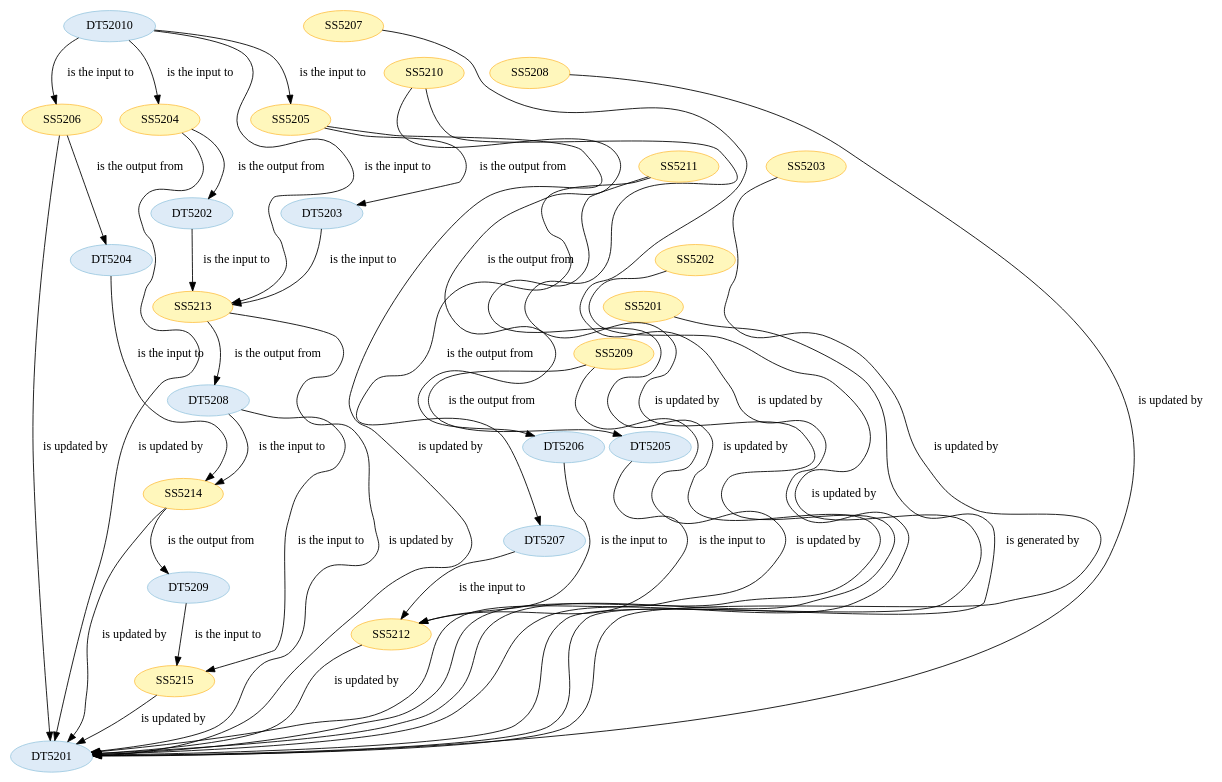
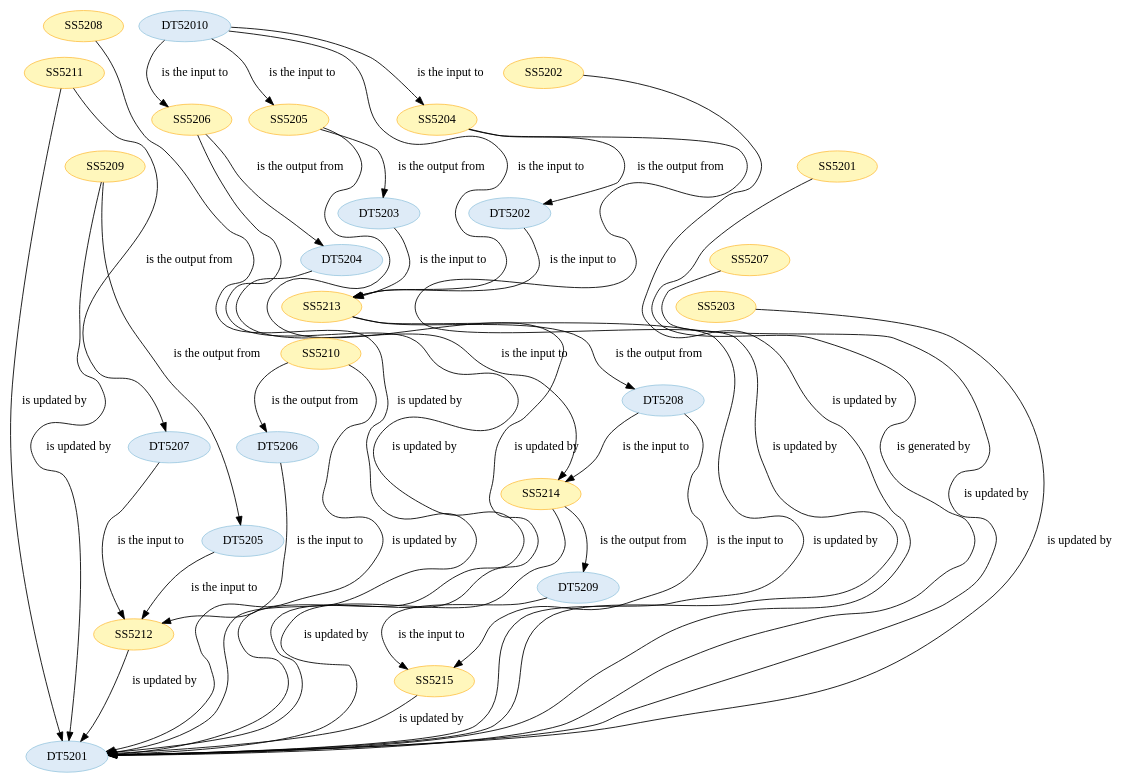
Before and after one commit to Marco-Salvi/cwl-test: the diagram in wf5201/ST520101.dot, drawn with Graphviz. The commit also changed other lines of this file and 16 other files, not shown here.

```diff
--- a/wf5201/ST520101.dot
+++ b/wf5201/ST520101.dot
@@ -1,126 +1,126 @@
 strict digraph {
 
 
-	"DT5204" [ color="2", colorscheme="blues3", fillcolor="1", style="filled",  weight=0 ];
+	"DT5202" [ color="2", colorscheme="blues3", fillcolor="1", style="filled",  weight=0 ];
 
-	"DT5204" -> "SS5214" [ label="is the input to", labeltooltip="DT5204 - is the input to - SS5214",  weight=0 ];
+	"DT5202" -> "SS5213" [ label="is the input to", labeltooltip="DT5202 - is the input to - SS5213",  weight=0 ];
+
+	"DT5207" [ color="2", colorscheme="blues3", fillcolor="1", style="filled",  weight=0 ];
+
+	"DT5207" -> "SS5212" [ label="is the input to", labeltooltip="DT5207 - is the input to - SS5212",  weight=0 ];
+
+	"SS5208" [ color="2", colorscheme="ylorbr3", fillcolor="1", style="filled",  weight=0 ];
+
+	"SS5208" -> "DT5201" [ label="is updated by", labeltooltip="DT5201 - is updated by - SS5208",  weight=0 ];
+
+	"DT5205" [ color="2", colorscheme="blues3", fillcolor="1", style="filled",  weight=0 ];
+
+	"DT5205" -> "SS5212" [ label="is the input to", labeltooltip="DT5205 - is the input to - SS5212",  weight=0 ];
+
+	"SS5206" [ color="2", colorscheme="ylorbr3", fillcolor="1", style="filled",  weight=0 ];
+
+	"SS5206" -> "DT5201" [ label="is updated by", labeltooltip="DT5201 - is updated by - SS5206",  weight=0 ];
+
+	"SS5206" -> "DT5204" [ label="is the output from", labeltooltip="DT5204 - is the output from - SS5206",  weight=0 ];
+
+	"SS5211" [ color="2", colorscheme="ylorbr3", fillcolor="1", style="filled",  weight=0 ];
+
+	"SS5211" -> "DT5201" [ label="is updated by", labeltooltip="DT5201 - is updated by - SS5211",  weight=0 ];
+
+	"SS5211" -> "DT5207" [ label="is the output from", labeltooltip="DT5207 - is the output from - SS5211",  weight=0 ];
+
+	"SS5209" [ color="2", colorscheme="ylorbr3", fillcolor="1", style="filled",  weight=0 ];
+
+	"SS5209" -> "DT5201" [ label="is updated by", labeltooltip="DT5201 - is updated by - SS5209",  weight=0 ];
+
+	"SS5209" -> "DT5205" [ label="is the output from", labeltooltip="DT5205 - is the output from - SS5209",  weight=0 ];
+
+	"SS5212" [ color="2", colorscheme="ylorbr3", fillcolor="1", style="filled",  weight=0 ];
+
+	"SS5212" -> "DT5201" [ label="is updated by", labeltooltip="DT5201 - is updated by - SS5212",  weight=0 ];
 
 	"SS5214" [ color="2", colorscheme="ylorbr3", fillcolor="1", style="filled",  weight=0 ];
 
 	"SS5214" -> "DT5201" [ label="is updated by", labeltooltip="DT5201 - is updated by - SS5214",  weight=0 ];
 
 	"SS5214" -> "DT5209" [ label="is the output from", labeltooltip="DT5209 - is the output from - SS5214",  weight=0 ];
 
-	"DT52010" [ color="2", colorscheme="blues3", fillcolor="1", style="filled",  weight=0 ];
+	"DT5208" [ color="2", colorscheme="blues3", fillcolor="1", style="filled",  weight=0 ];
 
-	"DT52010" -> "SS5204" [ label="is the input to", labeltooltip="DT52010 - is the input to - SS5204",  weight=0 ];
+	"DT5208" -> "SS5215" [ label="is the input to", labeltooltip="DT5208 - is the input to - SS5215",  weight=0 ];
 
-	"DT52010" -> "SS5205" [ label="is the input to", labeltooltip="DT52010 - is the input to - SS5205",  weight=0 ];
+	"DT5208" -> "SS5214" [ label="is the input to", labeltooltip="DT5208 - is the input to - SS5214",  weight=0 ];
 
-	"DT52010" -> "SS5206" [ label="is the input to", labeltooltip="DT52010 - is the input to - SS5206",  weight=0 ];
+	"SS5202" [ color="2", colorscheme="ylorbr3", fillcolor="1", style="filled",  weight=0 ];
 
-	"DT52010" -> "SS5213" [ label="is the input to", labeltooltip="DT52010 - is the input to - SS5213",  weight=0 ];
-
-	"DT5206" [ color="2", colorscheme="blues3", fillcolor="1", style="filled",  weight=0 ];
-
-	"DT5206" -> "SS5212" [ label="is the input to", labeltooltip="DT5206 - is the input to - SS5212",  weight=0 ];
-
-	"DT5201" [ color="2", colorscheme="blues3", fillcolor="1", style="filled",  weight=0 ];
-
-	"DT5207" [ color="2", colorscheme="blues3", fillcolor="1", style="filled",  weight=0 ];
-
-	"DT5207" -> "SS5212" [ label="is the input to", labeltooltip="DT5207 - is the input to - SS5212",  weight=0 ];
-
-	"SS5207" [ color="2", colorscheme="ylorbr3", fillcolor="1", style="filled",  weight=0 ];
-
-	"SS5207" -> "DT5201" [ label="is updated by", labeltooltip="DT5201 - is updated by - SS5207",  weight=0 ];
-
-	"SS5213" [ color="2", colorscheme="ylorbr3", fillcolor="1", style="filled",  weight=0 ];
-
-	"SS5213" -> "DT5208" [ label="is the output from", labeltooltip="DT5208 - is the output from - SS5213",  weight=0 ];
-
-	"SS5213" -> "DT5201" [ label="is updated by", labeltooltip="DT5201 - is updated by - SS5213",  weight=0 ];
-
-	"SS5208" [ color="2", colorscheme="ylorbr3", fillcolor="1", style="filled",  weight=0 ];
-
-	"SS5208" -> "DT5201" [ label="is updated by", labeltooltip="DT5201 - is updated by - SS5208",  weight=0 ];
-
-	"SS5215" [ color="2", colorscheme="ylorbr3", fillcolor="1", style="filled",  weight=0 ];
-
-	"SS5215" -> "DT5201" [ label="is updated by", labeltooltip="DT5201 - is updated by - SS5215",  weight=0 ];
+	"SS5202" -> "DT5201" [ label="is updated by", labeltooltip="DT5201 - is updated by - SS5202",  weight=0 ];
 
 	"SS5205" [ color="2", colorscheme="ylorbr3", fillcolor="1", style="filled",  weight=0 ];
 
 	"SS5205" -> "DT5203" [ label="is the output from", labeltooltip="DT5203 - is the output from - SS5205",  weight=0 ];
 
 	"SS5205" -> "DT5201" [ label="is updated by", labeltooltip="DT5201 - is updated by - SS5205",  weight=0 ];
 
-	"SS5206" [ color="2", colorscheme="ylorbr3", fillcolor="1", style="filled",  weight=0 ];
+	"SS5201" [ color="2", colorscheme="ylorbr3", fillcolor="1", style="filled",  weight=0 ];
 
-	"SS5206" -> "DT5204" [ label="is the output from", labeltooltip="DT5204 - is the output from - SS5206",  weight=0 ];
+	"SS5201" -> "DT5201" [ label="is generated by", labeltooltip="DT5201 - is generated by - SS5201",  weight=0 ];
 
-	"SS5206" -> "DT5201" [ label="is updated by", labeltooltip="DT5201 - is updated by - SS5206",  weight=0 ];
+	"DT5203" [ color="2", colorscheme="blues3", fillcolor="1", style="filled",  weight=0 ];
+
+	"DT5203" -> "SS5213" [ label="is the input to", labeltooltip="DT5203 - is the input to - SS5213",  weight=0 ];
+
+	"SS5207" [ color="2", colorscheme="ylorbr3", fillcolor="1", style="filled",  weight=0 ];
+
+	"SS5207" -> "DT5201" [ label="is updated by", labeltooltip="DT5201 - is updated by - SS5207",  weight=0 ];
+
+	"SS5204" [ color="2", colorscheme="ylorbr3", fillcolor="1", style="filled",  weight=0 ];
+
+	"SS5204" -> "DT5201" [ label="is updated by", labeltooltip="DT5201 - is updated by - SS5204",  weight=0 ];
+
+	"SS5204" -> "DT5202" [ label="is the output from", labeltooltip="DT5202 - is the output from - SS5204",  weight=0 ];
+
+	"SS5210" [ color="2", colorscheme="ylorbr3", fillcolor="1", style="filled",  weight=0 ];
+
+	"SS5210" -> "DT5206" [ label="is the output from", labeltooltip="DT5206 - is the output from - SS5210",  weight=0 ];
+
+	"SS5210" -> "DT5201" [ label="is updated by", labeltooltip="DT5201 - is updated by - SS5210",  weight=0 ];
+
+	"DT5204" [ color="2", colorscheme="blues3", fillcolor="1", style="filled",  weight=0 ];
+
+	"DT5204" -> "SS5214" [ label="is the input to", labeltooltip="DT5204 - is the input to - SS5214",  weight=0 ];
+
+	"DT52010" [ color="2", colorscheme="blues3", fillcolor="1", style="filled",  weight=0 ];
+
+	"DT52010" -> "SS5206" [ label="is the input to", labeltooltip="DT52010 - is the input to - SS5206",  weight=0 ];
+
+	"DT52010" -> "SS5213" [ label="is the input to", labeltooltip="DT52010 - is the input to - SS5213",  weight=0 ];
+
+	"DT52010" -> "SS5204" [ label="is the input to", labeltooltip="DT52010 - is the input to - SS5204",  weight=0 ];
+
+	"DT52010" -> "SS5205" [ label="is the input to", labeltooltip="DT52010 - is the input to - SS5205",  weight=0 ];
+
+	"SS5203" [ color="2", colorscheme="ylorbr3", fillcolor="1", style="filled",  weight=0 ];
+
+	"SS5203" -> "DT5201" [ label="is updated by", labeltooltip="DT5201 - is updated by - SS5203",  weight=0 ];
+
+	"SS5213" [ color="2", colorscheme="ylorbr3", fillcolor="1", style="filled",  weight=0 ];
+
+	"SS5213" -> "DT5201" [ label="is updated by", labeltooltip="DT5201 - is updated by - SS5213",  weight=0 ];
+
+	"SS5213" -> "DT5208" [ label="is the output from", labeltooltip="DT5208 - is the output from - SS5213",  weight=0 ];
+
+	"SS5215" [ color="2", colorscheme="ylorbr3", fillcolor="1", style="filled",  weight=0 ];
+
+	"SS5215" -> "DT5201" [ label="is updated by", labeltooltip="DT5201 - is updated by - SS5215",  weight=0 ];
+
+	"DT5206" [ color="2", colorscheme="blues3", fillcolor="1", style="filled",  weight=0 ];
+
+	"DT5206" -> "SS5212" [ label="is the input to", labeltooltip="DT5206 - is the input to - SS5212",  weight=0 ];
 
 	"DT5209" [ color="2", colorscheme="blues3", fillcolor="1", style="filled",  weight=0 ];
 
 	"DT5209" -> "SS5215" [ label="is the input to", labeltooltip="DT5209 - is the input to - SS5215",  weight=0 ];
 
-	"SS5204" [ color="2", colorscheme="ylorbr3", fillcolor="1", style="filled",  weight=0 ];
-
-	"SS5204" -> "DT5202" [ label="is the output from", labeltooltip="DT5202 - is the output from - SS5204",  weight=0 ];
-
-	"SS5204" -> "DT5201" [ label="is updated by", labeltooltip="DT5201 - is updated by - SS5204",  weight=0 ];
-
-	"SS5203" [ color="2", colorscheme="ylorbr3", fillcolor="1", style="filled",  weight=0 ];
-
-	"SS5203" -> "DT5201" [ label="is updated by", labeltooltip="DT5201 - is updated by - SS5203",  weight=0 ];
-
-	"SS5202" [ color="2", colorscheme="ylorbr3", fillcolor="1", style="filled",  weight=0 ];
-
-	"SS5202" -> "DT5201" [ label="is updated by", labeltooltip="DT5201 - is updated by - SS5202",  weight=0 ];
-
-	"SS5212" [ color="2", colorscheme="ylorbr3", fillcolor="1", style="filled",  weight=0 ];
-
-	"SS5212" -> "DT5201" [ label="is updated by", labeltooltip="DT5201 - is updated by - SS5212",  weight=0 ];
-
-	"DT5203" [ color="2", colorscheme="blues3", fillcolor="1", style="filled",  weight=0 ];
-
-	"DT5203" -> "SS5213" [ label="is the input to", labeltooltip="DT5203 - is the input to - SS5213",  weight=0 ];
-
-	"DT5205" [ color="2", colorscheme="blues3", fillcolor="1", style="filled",  weight=0 ];
-
-	"DT5205" -> "SS5212" [ label="is the input to", labeltooltip="DT5205 - is the input to - SS5212",  weight=0 ];
-
-	"SS5201" [ color="2", colorscheme="ylorbr3", fillcolor="1", style="filled",  weight=0 ];
-
-	"SS5201" -> "DT5201" [ label="is generated by", labeltooltip="DT5201 - is generated by - SS5201",  weight=0 ];
-
-	"DT5208" [ color="2", colorscheme="blues3", fillcolor="1", style="filled",  weight=0 ];
-
-	"DT5208" -> "SS5214" [ label="is the input to", labeltooltip="DT5208 - is the input to - SS5214",  weight=0 ];
-
-	"DT5208" -> "SS5215" [ label="is the input to", labeltooltip="DT5208 - is the input to - SS5215",  weight=0 ];
-
-	"SS5210" [ color="2", colorscheme="ylorbr3", fillcolor="1", style="filled",  weight=0 ];
-
-	"SS5210" -> "DT5201" [ label="is updated by", labeltooltip="DT5201 - is updated by - SS5210",  weight=0 ];
-
-	"SS5210" -> "DT5206" [ label="is the output from", labeltooltip="DT5206 - is the output from - SS5210",  weight=0 ];
-
-	"SS5209" [ color="2", colorscheme="ylorbr3", fillcolor="1", style="filled",  weight=0 ];
-
-	"SS5209" -> "DT5201" [ label="is updated by", labeltooltip="DT5201 - is updated by - SS5209",  weight=0 ];
-
-	"SS5209" -> "DT5205" [ label="is the output from", labeltooltip="DT5205 - is the output from - SS5209",  weight=0 ];
-
-	"SS5211" [ color="2", colorscheme="ylorbr3", fillcolor="1", style="filled",  weight=0 ];
-
-	"SS5211" -> "DT5201" [ label="is updated by", labeltooltip="DT5201 - is updated by - SS5211",  weight=0 ];
-
-	"SS5211" -> "DT5207" [ label="is the output from", labeltooltip="DT5207 - is the output from - SS5211",  weight=0 ];
-
-	"DT5202" [ color="2", colorscheme="blues3", fillcolor="1", style="filled",  weight=0 ];
-
-	"DT5202" -> "SS5213" [ label="is the input to", labeltooltip="DT5202 - is the input to - SS5213",  weight=0 ];
+	"DT5201" [ color="2", colorscheme="blues3", fillcolor="1", style="filled",  weight=0 ];
 
 }
```
